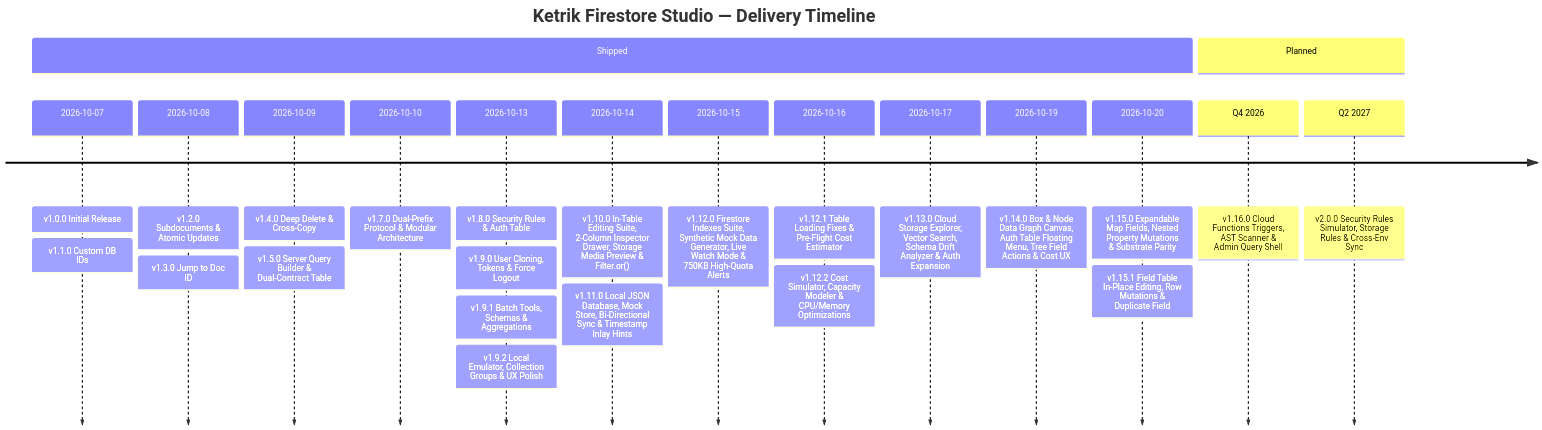
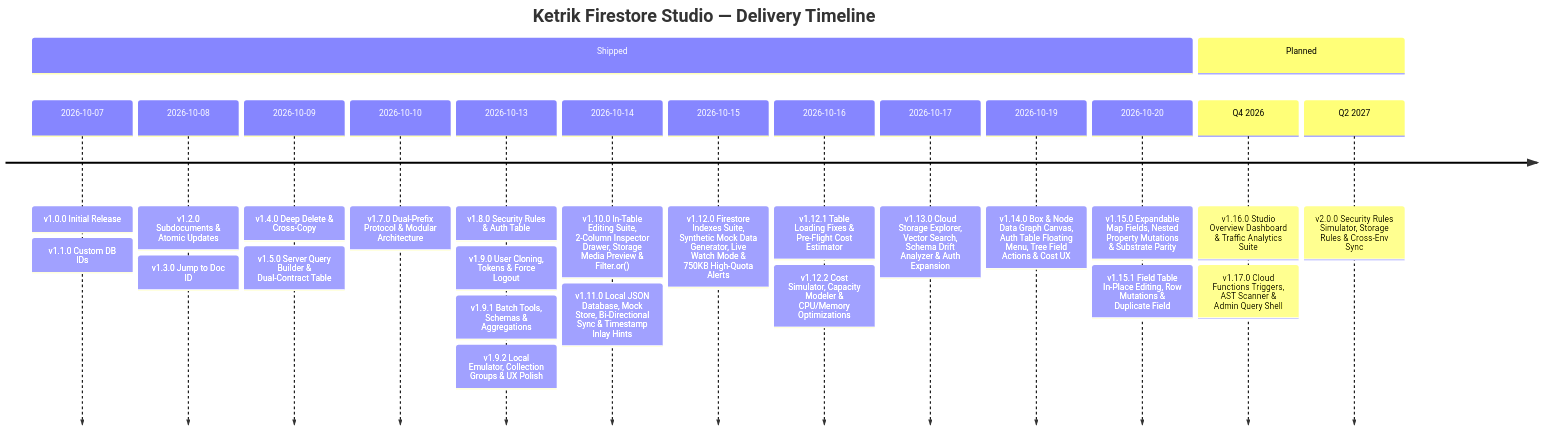
Before and after one commit to ketrik/ketrik-firestore-studio: the diagram in ROADMAP.md, drawn with Mermaid. The commit also changed other lines of this file and 1 other file, not shown here.

Commit message:
fix: fetch missing field data snapshots in table view and update roadmap versions

````diff
--- a/ROADMAP.md
+++ b/ROADMAP.md
@@ -5,19 +5,19 @@
 ```mermaid
 timeline
     title Ketrik Firestore Studio — Delivery Timeline
     section Shipped
         2026-10-07 : v1.0.0 Initial Release : v1.1.0 Custom DB IDs
         2026-10-08 : v1.2.0 Subdocuments & Atomic Updates : v1.3.0 Jump to Doc ID
         2026-10-09 : v1.4.0 Deep Delete & Cross-Copy : v1.5.0 Server Query Builder & Dual-Contract Table
         2026-10-10 : v1.7.0 Dual-Prefix Protocol & Modular Architecture
         2026-10-13 : v1.8.0 Security Rules & Auth Table : v1.9.0 User Cloning, Tokens & Force Logout : v1.9.1 Batch Tools, Schemas & Aggregations : v1.9.2 Local Emulator, Collection Groups & UX Polish
         2026-10-14 : v1.10.0 In-Table Editing Suite, 2-Column Inspector Drawer, Storage Media Preview & Filter.or() : v1.11.0 Local JSON Database, Mock Store, Bi-Directional Sync & Timestamp Inlay Hints
         2026-10-15 : v1.12.0 Firestore Indexes Suite, Synthetic Mock Data Generator, Live Watch Mode & 750KB High-Quota Alerts
         2026-10-16 : v1.12.1 Table Loading Fixes & Pre-Flight Cost Estimator : v1.12.2 Cost Simulator, Capacity Modeler & CPU/Memory Optimizations
         2026-10-17 : v1.13.0 Cloud Storage Explorer, Vector Search, Schema Drift Analyzer & Auth Expansion
         2026-10-19 : v1.14.0 Box & Node Data Graph Canvas, Auth Table Floating Menu, Tree Field Actions & Cost UX
         2026-10-20 : v1.15.0 Expandable Map Fields, Nested Property Mutations & Substrate Parity : v1.15.1 Field Table In-Place Editing, Row Mutations & Duplicate Field
     section Planned
-        Q4 2026 : v1.16.0 Cloud Functions Triggers, AST Scanner & Admin Query Shell
+        Q4 2026 : v1.16.0 Studio Overview Dashboard & Traffic Analytics Suite : v1.17.0 Cloud Functions Triggers, AST Scanner & Admin Query Shell
         Q2 2027 : v2.0.0 Security Rules Simulator, Storage Rules & Cross-Env Sync
 ```
````
